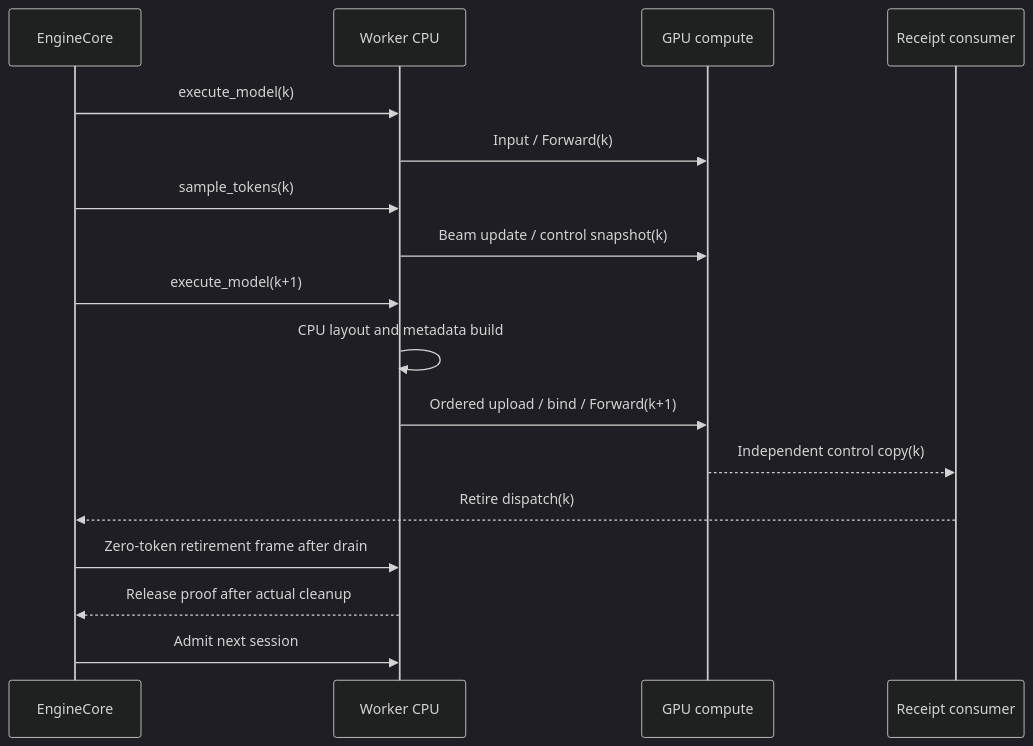
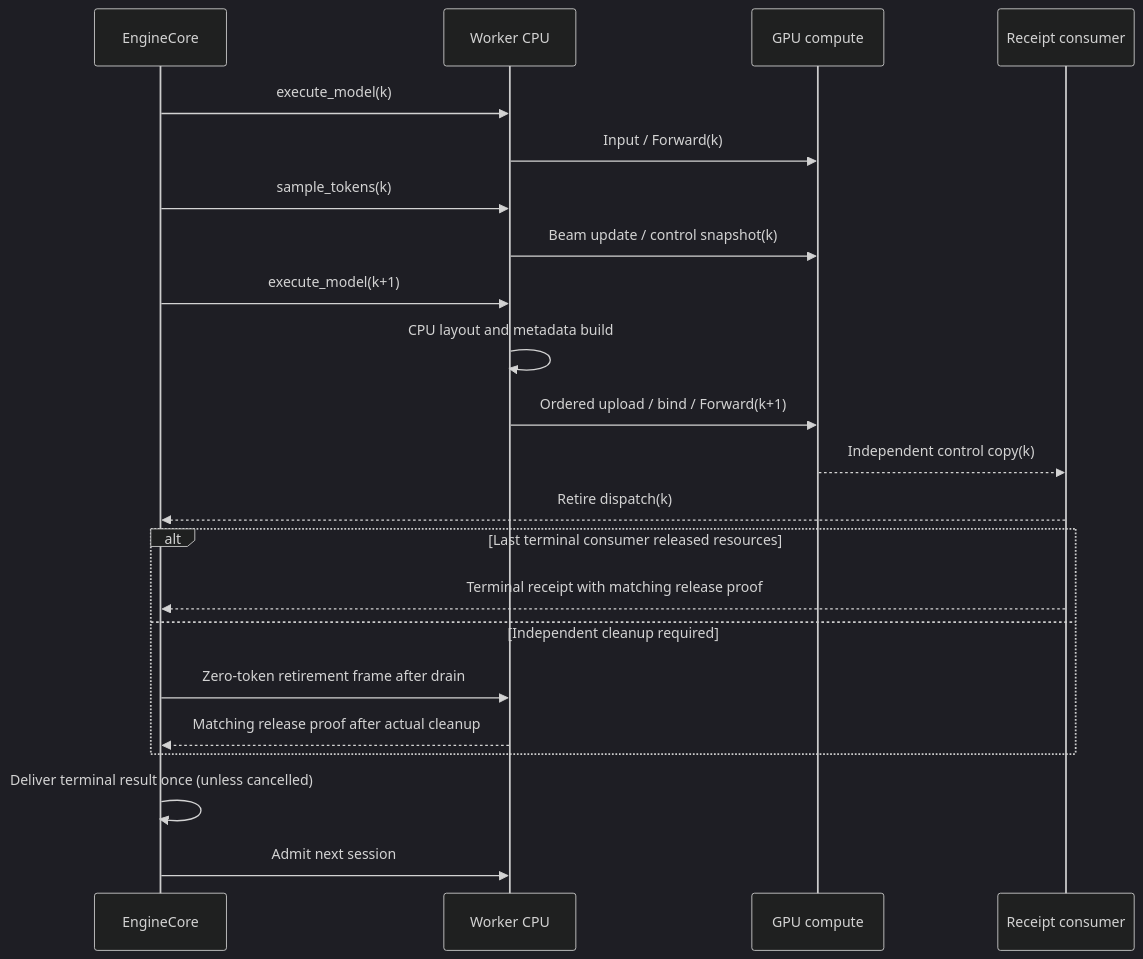
One commit to CrazyKing5023/vllm-gr changed the diagram in docs/async_scheduling.md. Above: the diagram before and after it, drawn with Mermaid (dark theme). The commit also changed other lines of this file and 38 other files, not shown here.

````diff
--- a/docs/async_scheduling.md
+++ b/docs/async_scheduling.md
@@ -82,19 +98,24 @@
 ```mermaid
 sequenceDiagram
     participant E as EngineCore
     participant W as Worker CPU
     participant G as GPU compute
     participant C as Receipt consumer
     E->>W: execute_model(k)
     W->>G: Input / Forward(k)
     E->>W: sample_tokens(k)
     W->>G: Beam update / control snapshot(k)
     E->>W: execute_model(k+1)
     W->>W: CPU layout and metadata build
     W->>G: Ordered upload / bind / Forward(k+1)
     G-->>C: Independent control copy(k)
     C-->>E: Retire dispatch(k)
-    E->>W: Zero-token retirement frame after drain
-    W-->>E: Release proof after actual cleanup
+    alt Last terminal consumer released resources
+        C-->>E: Terminal receipt with matching release proof
+    else Independent cleanup required
+        E->>W: Zero-token retirement frame after drain
+        W-->>E: Matching release proof after actual cleanup
+    end
+    E->>E: Deliver terminal result once (unless cancelled)
     E->>W: Admit next session
 ```
````
